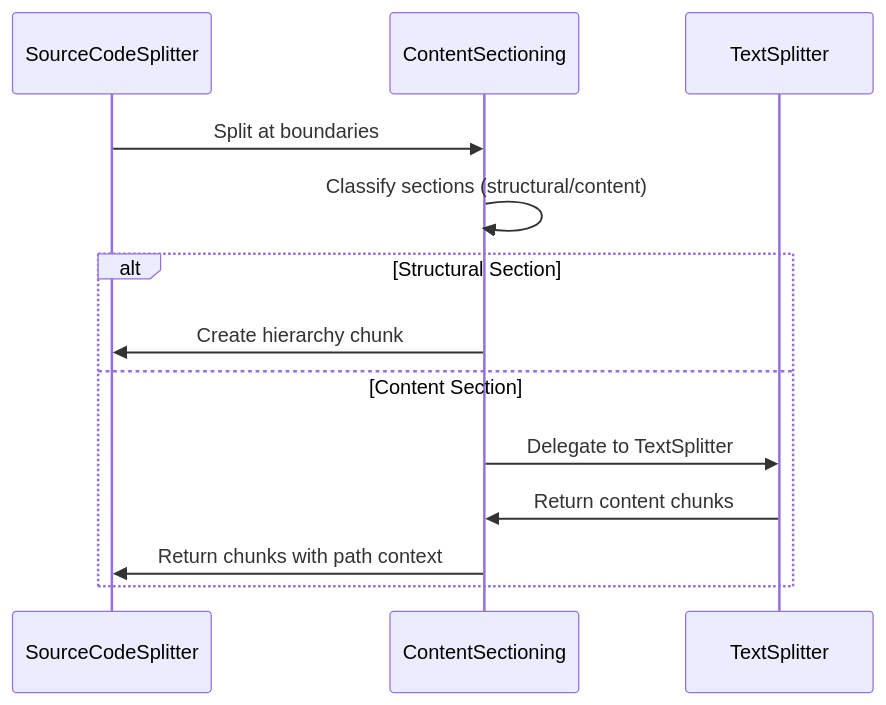
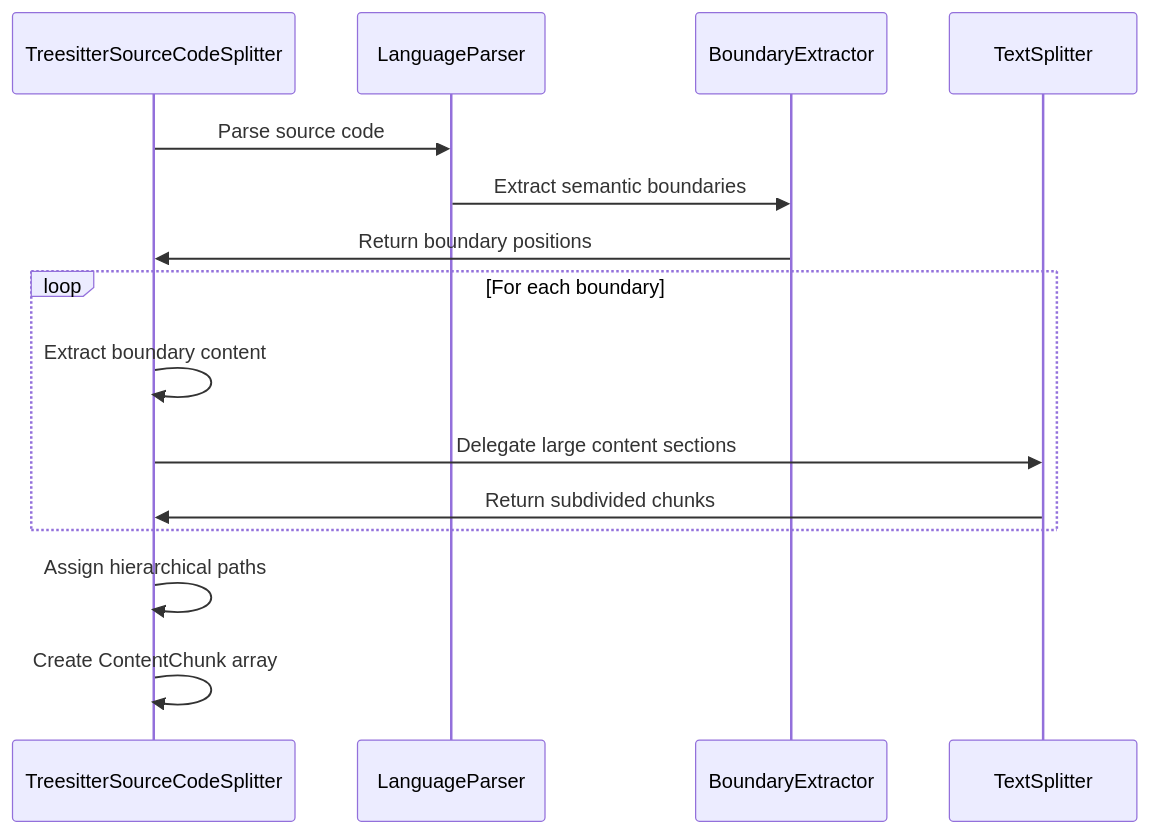
One commit to arabold/docs-mcp-server changed the third of 6 diagrams in docs/source-code-splitter.md. Above: the diagram before and after it, drawn with Mermaid. The commit also changed other lines of this file and 2 other files, not shown here.

Commit message:
docs(splitter): enhance Source Code Splitter documentation and clarify chunking strategy

````diff
--- a/docs/source-code-splitter.md
+++ b/docs/source-code-splitter.md
@@ -224,17 +136,20 @@
 ```mermaid
 sequenceDiagram
-    participant SCS as SourceCodeSplitter
-    participant CS as ContentSectioning
+    participant TSS as TreesitterSourceCodeSplitter
+    participant LP as LanguageParser
+    participant BE as BoundaryExtractor
     participant TS as TextSplitter
 
-    SCS->>CS: Split at boundaries
-    CS->>CS: Classify sections (structural/content)
+    TSS->>LP: Parse source code
+    LP->>BE: Extract semantic boundaries
+    BE->>TSS: Return boundary positions
 
-    alt Structural Section
-        CS->>SCS: Create hierarchy chunk
-    else Content Section
-        CS->>TS: Delegate to TextSplitter
-        TS->>CS: Return content chunks
-        CS->>SCS: Return chunks with path context
+    loop For each boundary
+        TSS->>TSS: Extract boundary content
+        TSS->>TS: Delegate large content sections
+        TS->>TSS: Return subdivided chunks
     end
+
+    TSS->>TSS: Assign hierarchical paths
+    TSS->>TSS: Create ContentChunk array
 ```
````
